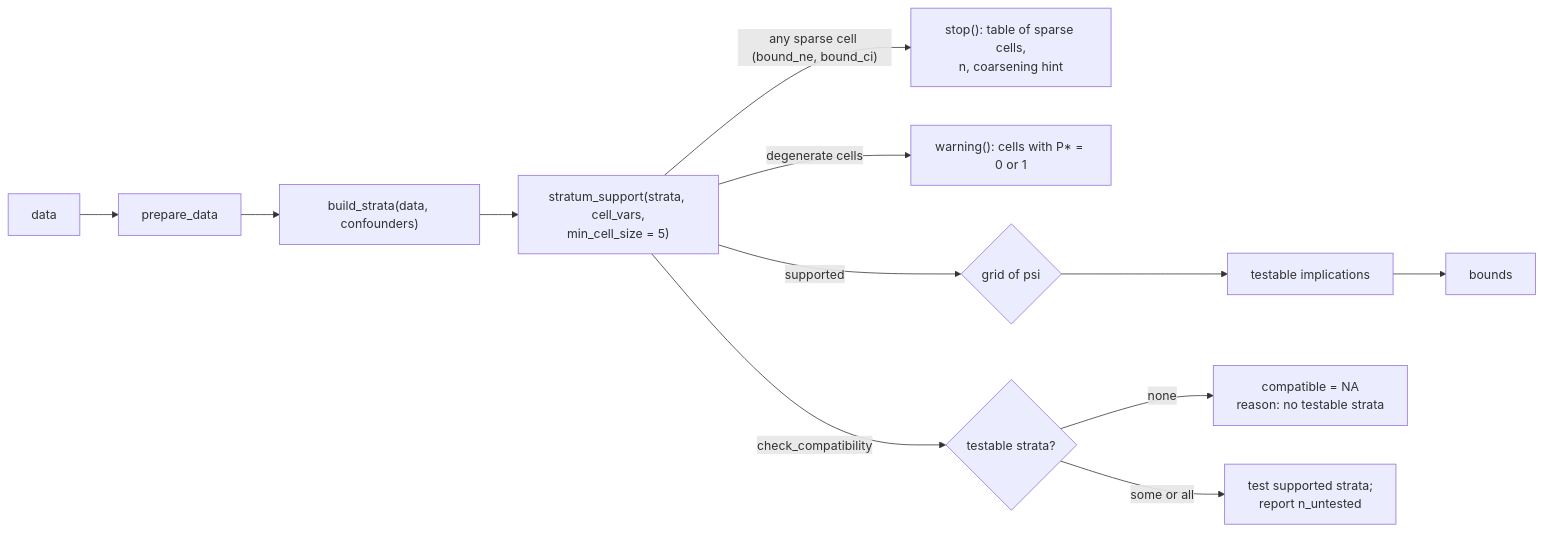
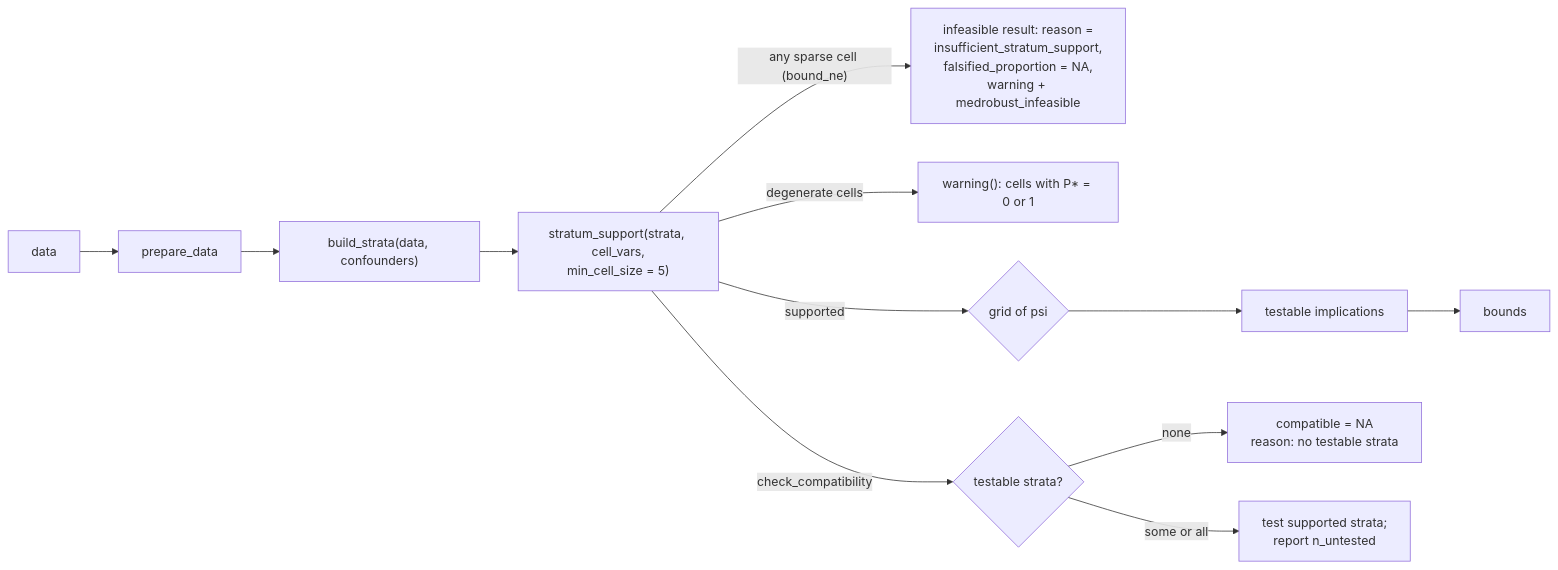
Before and after one commit to Data-Wise/medrobust: the second of 2 diagrams in archive/BRAINSTORM-sparse-strata-2026-09-23.md, drawn with Mermaid. The commit also changed other lines of this file and 1 other file, not shown here.

First line of the commit message:
docs(archive): fold adversarial review into sparse-strata brainstorm (#35)

````diff
--- a/archive/BRAINSTORM-sparse-strata-2026-09-23.md
+++ b/archive/BRAINSTORM-sparse-strata-2026-09-23.md
@@ -73,13 +81,13 @@
 ```mermaid
 flowchart LR
   D[data] --> P[prepare_data]
   P --> BS["build_strata(data, confounders)"]
   BS --> SUP["stratum_support(strata, cell_vars,<br/>min_cell_size = 5)"]
-  SUP -->|"any sparse cell (bound_ne, bound_ci)"| E["stop(): table of sparse cells,<br/>n, coarsening hint"]
+  SUP -->|"any sparse cell (bound_ne)"| E["infeasible result: reason =<br/>insufficient_stratum_support,<br/>falsified_proportion = NA,<br/>warning + medrobust_infeasible"]
   SUP -->|degenerate cells| W["warning(): cells with P* = 0 or 1"]
   SUP -->|supported| G{grid of psi}
   G --> T[testable implications] --> B[bounds]
   SUP -->|check_compatibility| CC{testable strata?}
   CC -->|none| NA["compatible = NA<br/>reason: no testable strata"]
   CC -->|some or all| T2[test supported strata;<br/>report n_untested]
 ```
````
